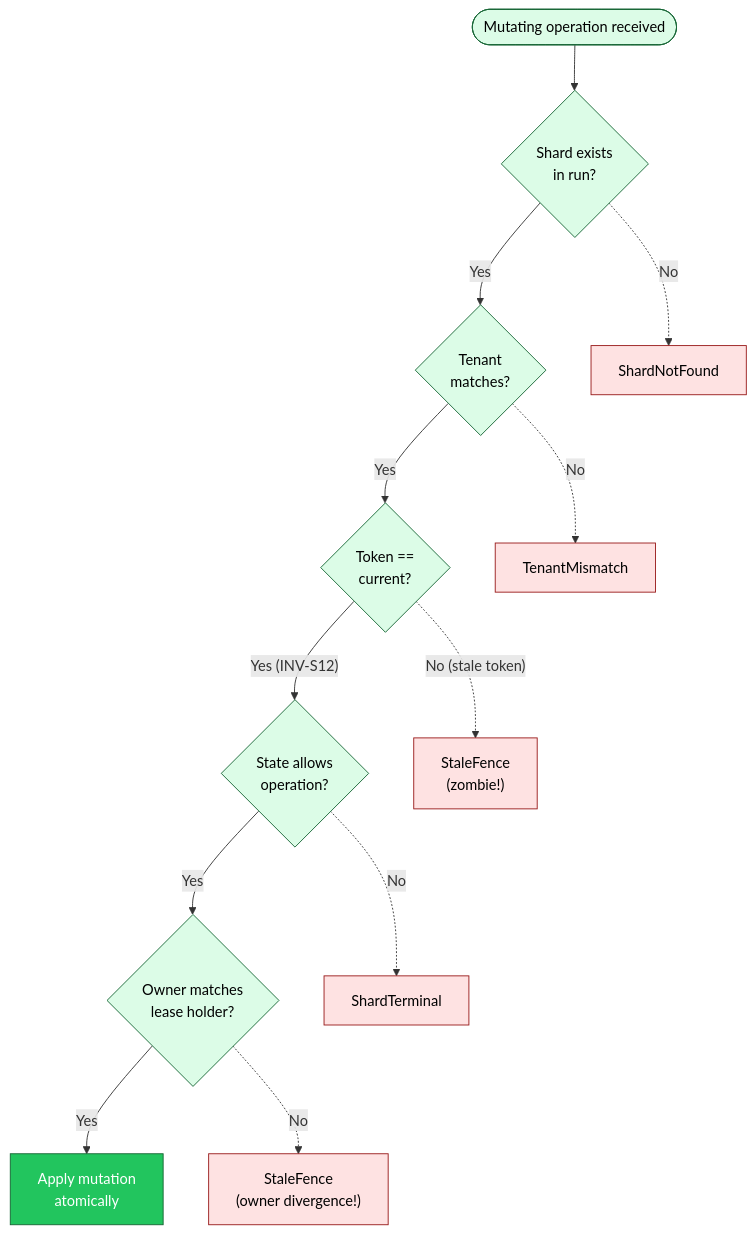
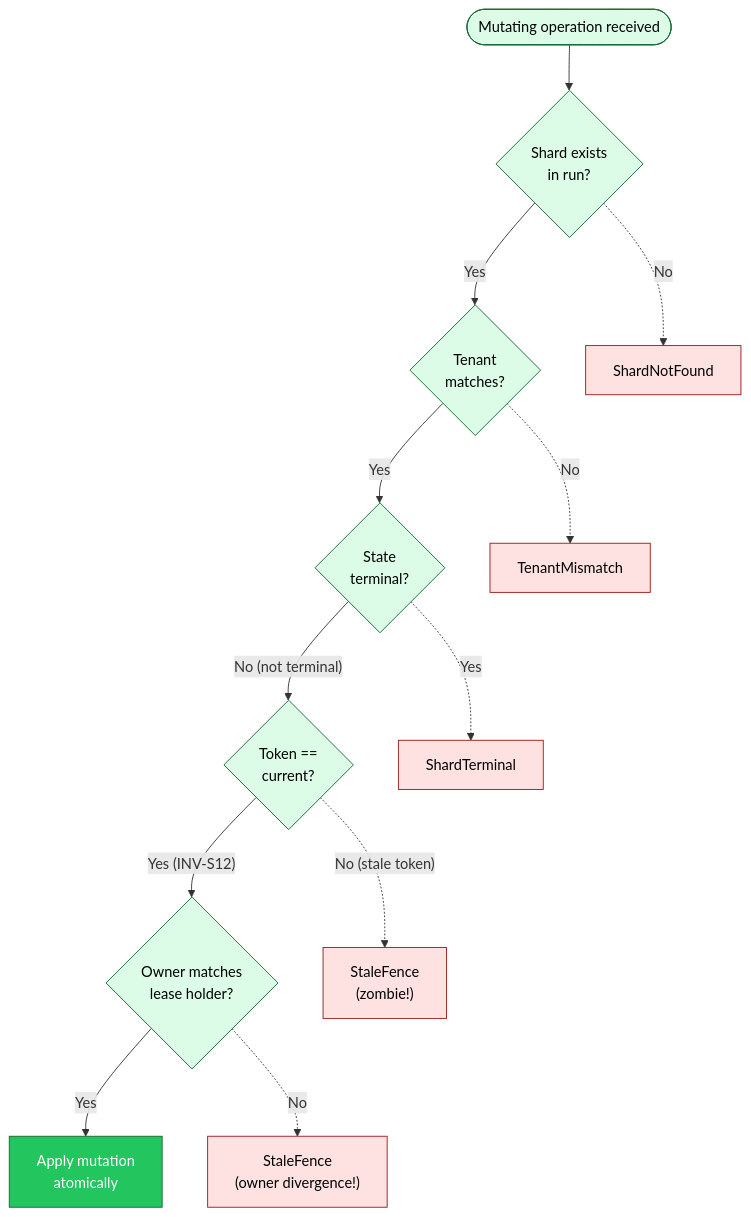
Before and after one commit to ahrav/Gossip-rs: the fourth of 4 diagrams in diagrams/06-fencing-protocol.md, drawn with Mermaid. The commit also changed other lines of this file and 11 other files, not shown here.

````diff
--- a/diagrams/06-fencing-protocol.md
+++ b/diagrams/06-fencing-protocol.md
@@ -214,43 +220,43 @@
 ```mermaid
 %% Diagram: fencing-decision-tree
 graph TD
     START(["Mutating operation received"])
     CHECK1{"Shard exists<br/>in run?"}
     CHECK2{"Tenant<br/>matches?"}
-    CHECK3{"Token ==<br/>current?"}
-    CHECK4{"State allows<br/>operation?"}
+    CHECK3{"State<br/>terminal?"}
+    CHECK4{"Token ==<br/>current?"}
     CHECK5{"Owner matches<br/>lease holder?"}
     SUCCESS["Apply mutation<br/>atomically"]
 
     ERR1["ShardNotFound"]
     ERR2["TenantMismatch"]
-    ERR3["StaleFence<br/>(zombie!)"]
-    ERR4["ShardTerminal"]
+    ERR3["ShardTerminal"]
+    ERR4["StaleFence<br/>(zombie!)"]
     ERR5["StaleFence<br/>(owner divergence!)"]
 
     START --> CHECK1
     CHECK1 -->|"Yes"| CHECK2
     CHECK1 -.->|"No"| ERR1
     CHECK2 -->|"Yes"| CHECK3
     CHECK2 -.->|"No"| ERR2
-    CHECK3 -->|"Yes (INV-S12)"| CHECK4
-    CHECK3 -.->|"No (stale token)"| ERR3
-    CHECK4 -->|"Yes"| CHECK5
-    CHECK4 -.->|"No"| ERR4
+    CHECK3 -->|"No (not terminal)"| CHECK4
+    CHECK3 -.->|"Yes"| ERR3
+    CHECK4 -->|"Yes (INV-S12)"| CHECK5
+    CHECK4 -.->|"No (stale token)"| ERR4
     CHECK5 -->|"Yes"| SUCCESS
     CHECK5 -.->|"No"| ERR5
 
     style START fill:#DCFCE7,stroke:#166534,color:#000
     style CHECK1 fill:#DCFCE7,stroke:#166534,color:#000
     style CHECK2 fill:#DCFCE7,stroke:#166534,color:#000
     style CHECK3 fill:#DCFCE7,stroke:#166534,color:#000
     style CHECK4 fill:#DCFCE7,stroke:#166534,color:#000
     style CHECK5 fill:#DCFCE7,stroke:#166534,color:#000
     style SUCCESS fill:#22C55E,stroke:#166534,color:#FFF
 
     style ERR1 fill:#FEE2E2,stroke:#991B1B,color:#000
     style ERR2 fill:#FEE2E2,stroke:#991B1B,color:#000
     style ERR3 fill:#FEE2E2,stroke:#991B1B,color:#000
     style ERR4 fill:#FEE2E2,stroke:#991B1B,color:#000
     style ERR5 fill:#FEE2E2,stroke:#991B1B,color:#000
 ```
````
